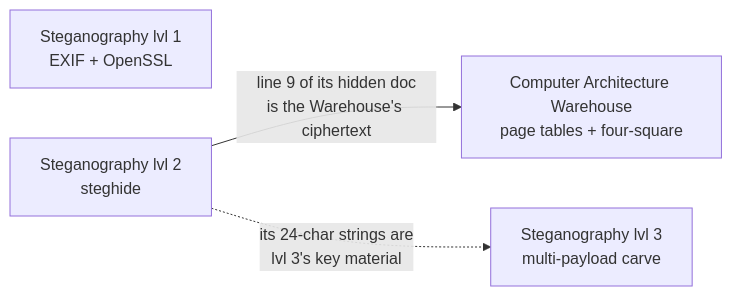
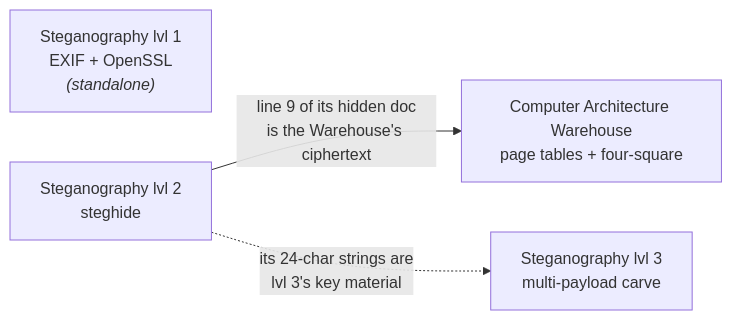
The second of 2 diagrams in src/content/readmes/steganography-ctf/README.md (jdtherobot/jdtherobot.github.io), drawn with Mermaid before and after one commit. The commit also changed other lines of this file and 8 other files, not shown here.

````diff
--- a/src/content/readmes/steganography-ctf/README.md
+++ b/src/content/readmes/steganography-ctf/README.md
@@ -63,9 +61,9 @@
 ```mermaid
 flowchart LR
-  L1["Steganography lvl 1<br/>EXIF + OpenSSL"]
+  L1["Steganography lvl 1<br/>EXIF + OpenSSL<br/><i>(standalone)</i>"]
   L2["Steganography lvl 2<br/>steghide"]
   WH["Computer Architecture Warehouse<br/>page tables + four-square"]
   L3["Steganography lvl 3<br/>multi-payload carve"]
   L2 -->|"line 9 of its hidden doc<br/>is the Warehouse's ciphertext"| WH
   L2 -.->|"its 24-char strings are<br/>lvl 3's key material"| L3
 ```
````
